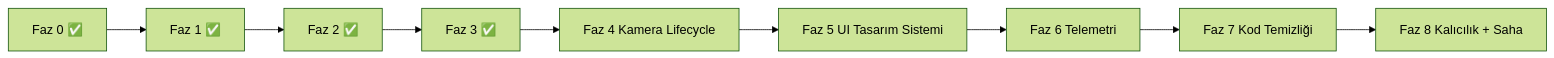
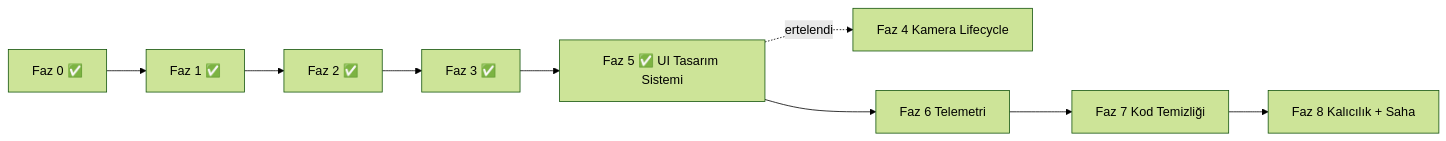
One commit to wonlock21/marco_gui changed the diagram in analysis/execution_plan.md. Above: the diagram before and after it, drawn with Mermaid (forest theme). The commit also changed other lines of this file and 30 other files, not shown here.

````diff
--- a/analysis/execution_plan.md
+++ b/analysis/execution_plan.md
@@ -352,11 +372,11 @@
 ```mermaid
 flowchart LR
     F0[Faz 0 ✅] --> F1[Faz 1 ✅]
     F1 --> F2[Faz 2 ✅]
     F2 --> F3[Faz 3 ✅]
-    F3 --> F4[Faz 4 Kamera Lifecycle]
-    F4 --> F5[Faz 5 UI Tasarım Sistemi]
+    F3 --> F5[Faz 5 ✅ UI Tasarım Sistemi]
+    F5 -. ertelendi .-> F4[Faz 4 Kamera Lifecycle]
     F5 --> F6[Faz 6 Telemetri]
     F6 --> F7[Faz 7 Kod Temizliği]
     F7 --> F8[Faz 8 Kalıcılık + Saha]
 ```
````
